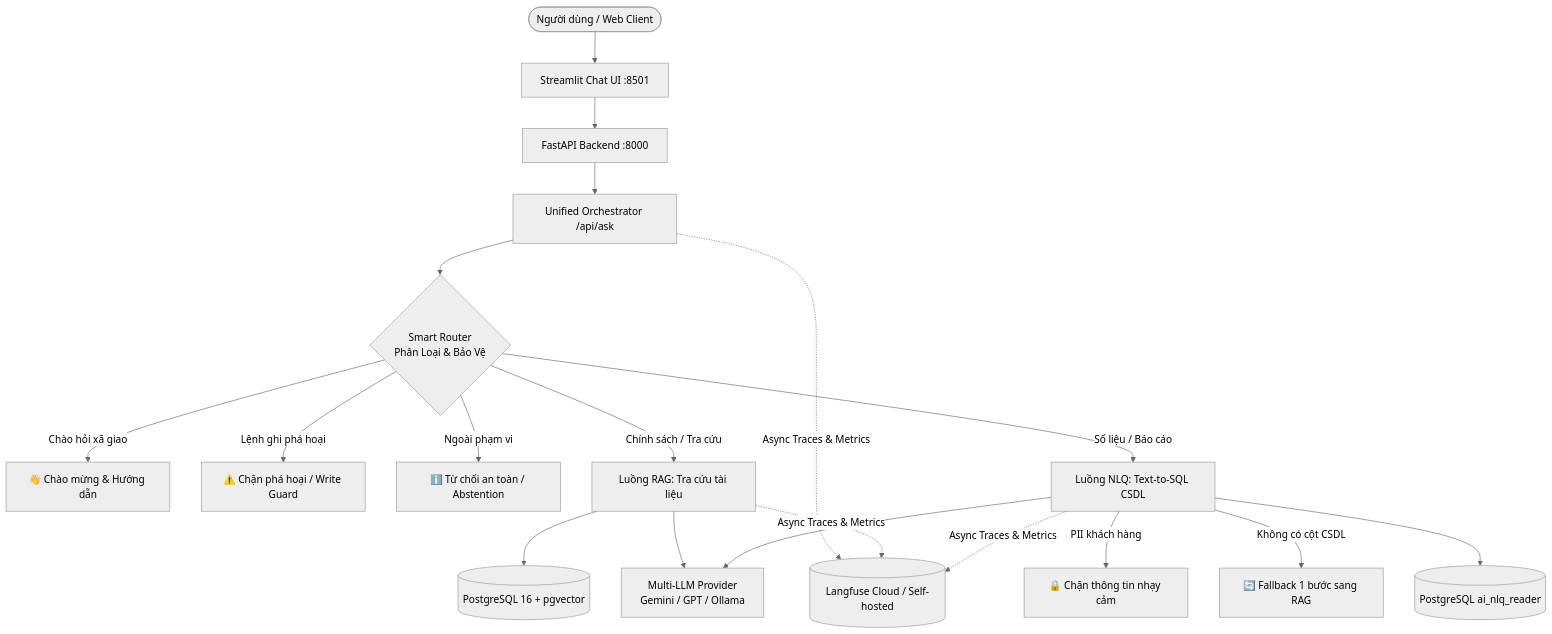
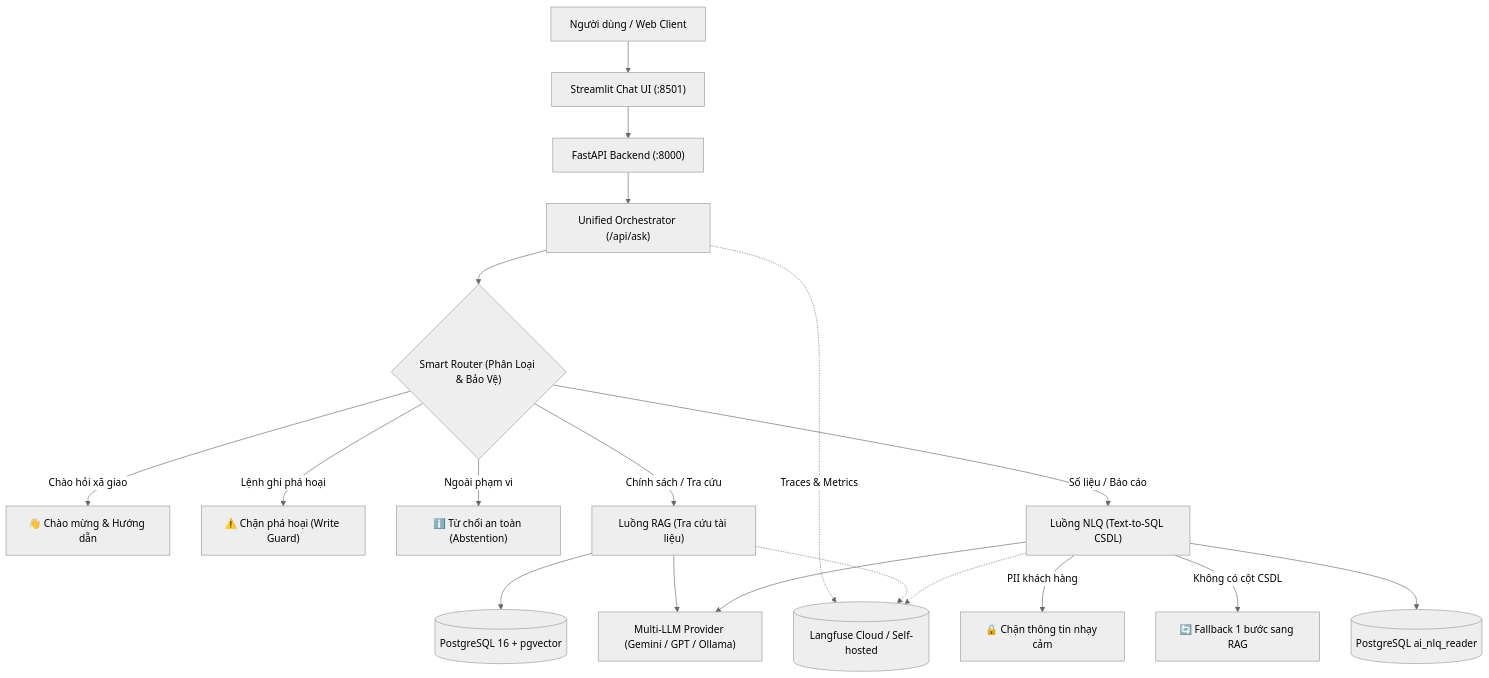
The diagram in README.md (tranquoctrieu382006-tech/AI-assistant), drawn with Mermaid (neutral theme) before and after one commit. The commit also changed 1 other file, not shown here.

Commit message:
fix(docs): fix Mermaid syntax error in README.md and demo_script_week2.md for GitLab 10.1.0

````diff
--- a/README.md
+++ b/README.md
@@ -22,22 +22,26 @@
 ```mermaid
 flowchart TD
-    User([Người dùng / Web Client]) --> UI[Streamlit Chat UI :8501]
-    UI --> API[FastAPI Backend :8000]
-    API --> Orch[Unified Orchestrator /api/ask]
+    User["Người dùng / Web Client"] --> UI["Streamlit Chat UI (:8501)"]
+    UI --> API["FastAPI Backend (:8000)"]
+    API --> Orch["Unified Orchestrator (/api/ask)"]
     
-    Orch --> Router{Smart Router\nPhân Loại & Bảo Vệ}
-    Router -->|Chào hỏi xã giao| Greet[👋 Chào mừng & Hướng dẫn]
-    Router -->|Lệnh ghi phá hoại| Guard[⚠️ Chặn phá hoại / Write Guard]
-    Router -->|Ngoài phạm vi| OOS[ℹ️ Từ chối an toàn / Abstention]
-    Router -->|Chính sách / Tra cứu| RAG[Luồng RAG: Tra cứu tài liệu]
-    Router -->|Số liệu / Báo cáo| NLQ[Luồng NLQ: Text-to-SQL CSDL]
+    Orch --> Router{"Smart Router (Phân Loại & Bảo Vệ)"}
+    Router -->|Chào hỏi xã giao| Greet["👋 Chào mừng & Hướng dẫn"]
+    Router -->|Lệnh ghi phá hoại| Guard["⚠️ Chặn phá hoại (Write Guard)"]
+    Router -->|Ngoài phạm vi| OOS["ℹ️ Từ chối an toàn (Abstention)"]
+    Router -->|Chính sách / Tra cứu| RAG["Luồng RAG (Tra cứu tài liệu)"]
+    Router -->|Số liệu / Báo cáo| NLQ["Luồng NLQ (Text-to-SQL CSDL)"]
     
-    NLQ -->|PII khách hàng| PII[🔒 Chặn thông tin nhạy cảm]
-    NLQ -->|Không có cột CSDL| Fallback[🔄 Fallback 1 bước sang RAG]
+    NLQ -->|PII khách hàng| PII["🔒 Chặn thông tin nhạy cảm"]
+    NLQ -->|Không có cột CSDL| Fallback["🔄 Fallback 1 bước sang RAG"]
     
-    RAG --> PGVector[(PostgreSQL 16 + pgvector)]
-    NLQ --> PGReadOnly[(PostgreSQL ai_nlq_reader)]
+    RAG --> PGVector[("PostgreSQL 16 + pgvector")]
+    NLQ --> PGReadOnly[("PostgreSQL ai_nlq_reader")]
     
-    RAG & NLQ --> LLM[Multi-LLM Provider\nGemini / GPT / Ollama]
-    Orch & RAG & NLQ -.->|Async Traces & Metrics| Langfuse[(Langfuse Cloud / Self-hosted)]
+    RAG --> LLM["Multi-LLM Provider (Gemini / GPT / Ollama)"]
+    NLQ --> LLM
+    
+    Orch -.->|Traces & Metrics| Langfuse[("Langfuse Cloud / Self-hosted")]
+    RAG -.-> Langfuse
+    NLQ -.-> Langfuse
 ```
````
